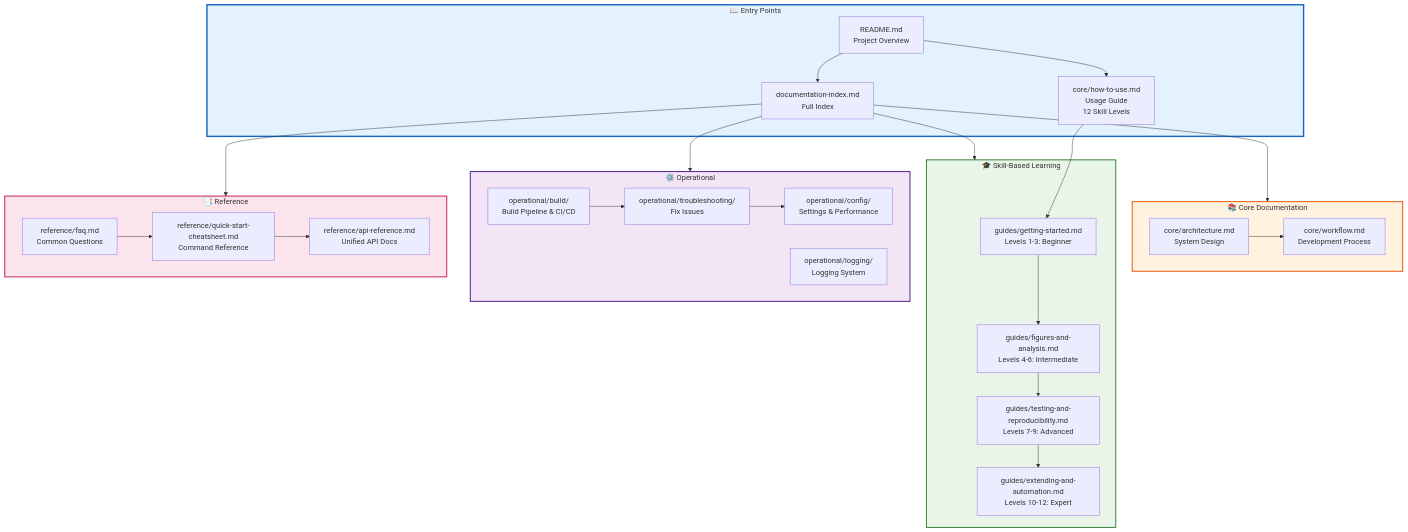
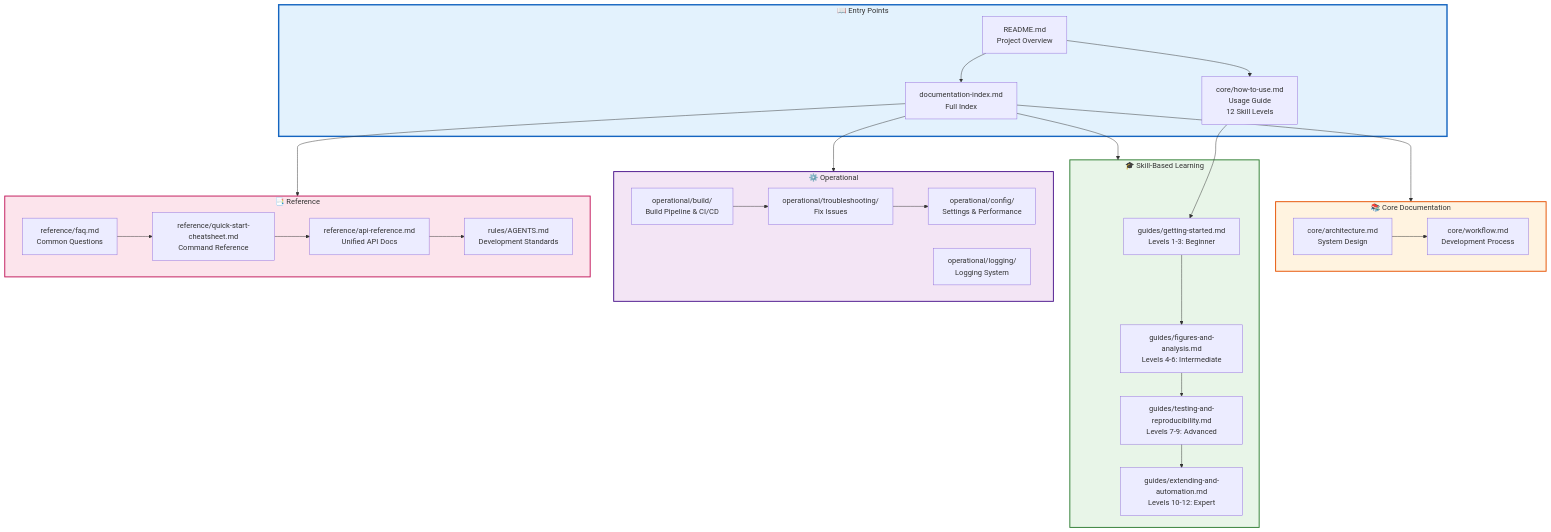
Before and after one commit to docxology/template: the diagram in docs/README.md, drawn with Mermaid. The commit also changed other lines of this file and 159 other files, not shown here.

````diff
--- a/docs/README.md
+++ b/docs/README.md
@@ -13,65 +13,67 @@
 ```mermaid
 graph TD
     subgraph EntryPoints["📖 Entry Points"]
         README[README.md<br/>Project Overview]
         DOC_INDEX[documentation-index.md<br/>Full Index]
         HOW_TO[core/how-to-use.md<br/>Usage Guide<br/>12 Skill Levels]
     end
 
     subgraph CoreDocs["📚 Core Documentation"]
         ARCH[core/architecture.md<br/>System Design]
         WORKFLOW[core/workflow.md<br/>Development Process]
     end
 
     subgraph SkillLevels["🎓 Skill-Based Learning"]
         L1[guides/getting-started.md<br/>Levels 1-3: Beginner]
         L2[guides/figures-and-analysis.md<br/>Levels 4-6: Intermediate]
         L3[guides/testing-and-reproducibility.md<br/>Levels 7-9: Advanced]
         L4[guides/extending-and-automation.md<br/>Levels 10-12: Expert]
     end
 
     subgraph Operational["⚙️ Operational"]
         BUILD[operational/build/<br/>Build Pipeline & CI/CD]
         TROUBLESHOOT[operational/troubleshooting/<br/>Fix Issues]
         CONFIG[operational/config/<br/>Settings & Performance]
         LOGGING[operational/logging/<br/>Logging System]
     end
 
     subgraph Reference["📑 Reference"]
         FAQ[reference/faq.md<br/>Common Questions]
         CHEATSHEET[reference/quick-start-cheatsheet.md<br/>Command Reference]
         API[reference/api-reference.md<br/>Unified API Docs]
+        RULES[rules/AGENTS.md<br/>Development Standards]
     end
 
     README --> DOC_INDEX
     README --> HOW_TO
     DOC_INDEX --> CoreDocs
     DOC_INDEX --> SkillLevels
     DOC_INDEX --> Operational
     DOC_INDEX --> Reference
 
     HOW_TO --> L1
     L1 --> L2
     L2 --> L3
     L3 --> L4
 
     ARCH --> WORKFLOW
 
     BUILD --> TROUBLESHOOT
     TROUBLESHOOT --> CONFIG
 
     FAQ --> CHEATSHEET
     CHEATSHEET --> API
+    API --> RULES
 
     classDef entry fill:#e3f2fd,stroke:#1565c0,stroke-width:3px
     classDef core fill:#fff3e0,stroke:#e65100,stroke-width:2px
     classDef skill fill:#e8f5e8,stroke:#2e7d32,stroke-width:2px
     classDef operational fill:#f3e5f5,stroke:#4a148c,stroke-width:2px
     classDef reference fill:#fce4ec,stroke:#c2185b,stroke-width:2px
 
     class EntryPoints entry
     class CoreDocs core
     class SkillLevels skill
     class Operational operational
     class Reference reference
 ```
````
